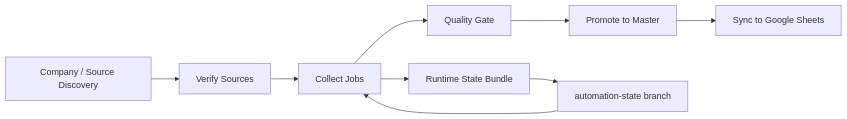
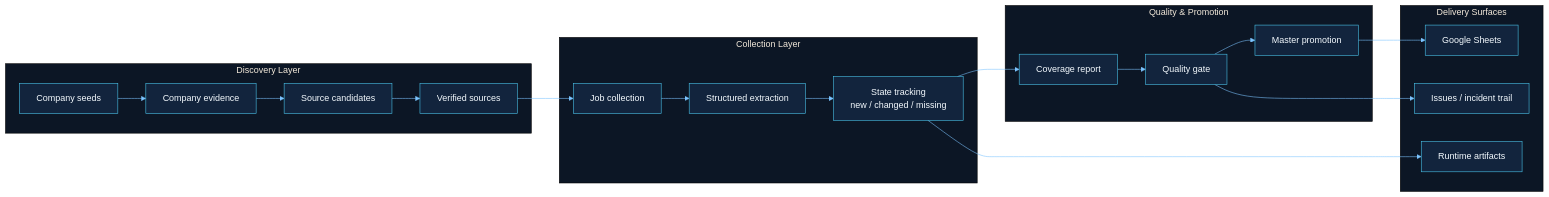
The first of 2 diagrams in README.md (mwithgod3952/Biz-Voyager), drawn with Mermaid before and after one commit. The commit also changed other lines of this file, not shown here.

````diff
--- a/README.md
+++ b/README.md
@@ -35,11 +43,43 @@
 ```mermaid
+%%{init: {'theme':'base','themeVariables': {
+  'primaryColor':'#12243d',
+  'primaryTextColor':'#f5fbff',
+  'primaryBorderColor':'#4cc9f0',
+  'lineColor':'#7cc4ff',
+  'secondaryColor':'#17355a',
+  'secondaryTextColor':'#eef7ff',
+  'tertiaryColor':'#0c1625',
+  'fontFamily':'Inter, Segoe UI, sans-serif'
+}}}%%
 flowchart LR
-    A["Company / Source Discovery"] --> B["Verify Sources"]
-    B --> C["Collect Jobs"]
-    C --> D["Quality Gate"]
-    D --> E["Promote to Master"]
-    E --> F["Sync to Google Sheets"]
-    C --> G["Runtime State Bundle"]
-    G --> H["automation-state branch"]
-    H --> C
+    subgraph Discovery["Discovery Layer"]
+        A["Company seeds"]
+        B["Company evidence"]
+        C["Source candidates"]
+        D["Verified sources"]
+    end
+
+    subgraph Collection["Collection Layer"]
+        E["Job collection"]
+        F["Structured extraction"]
+        G["State tracking<br/>new / changed / missing"]
+    end
+
+    subgraph Governance["Quality & Promotion"]
+        H["Coverage report"]
+        I["Quality gate"]
+        J["Master promotion"]
+    end
+
+    subgraph Delivery["Delivery Surfaces"]
+        K["Google Sheets"]
+        L["Runtime artifacts"]
+        M["Issues / incident trail"]
+    end
+
+    A --> B --> C --> D
+    D --> E --> F --> G
+    G --> H --> I --> J --> K
+    G --> L
+    I --> M
 ```
````
